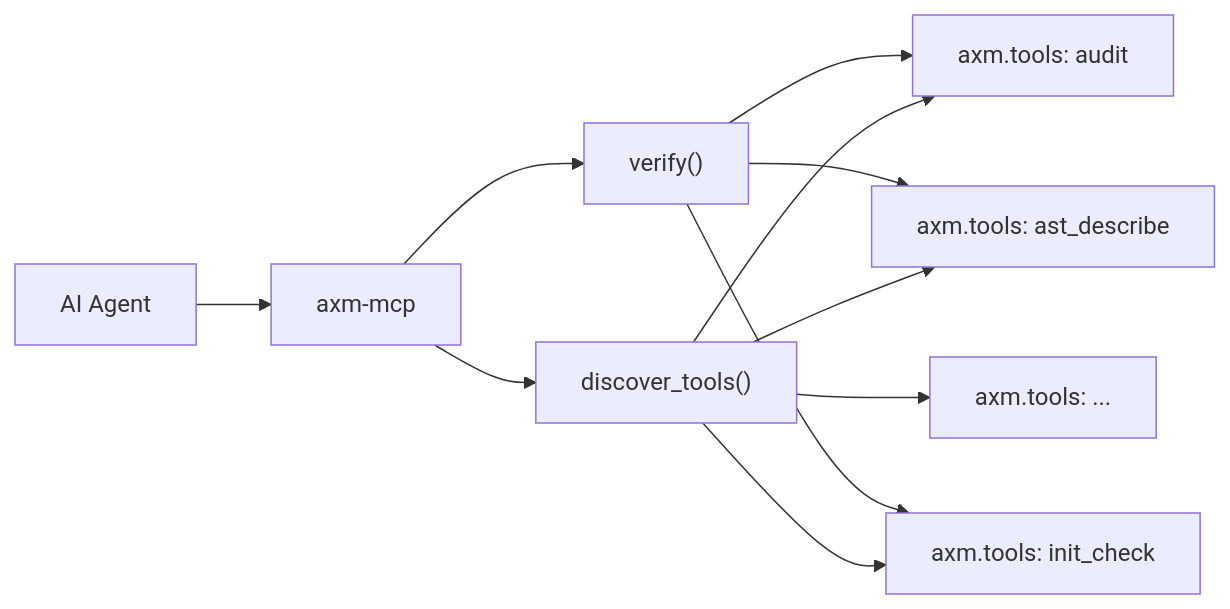
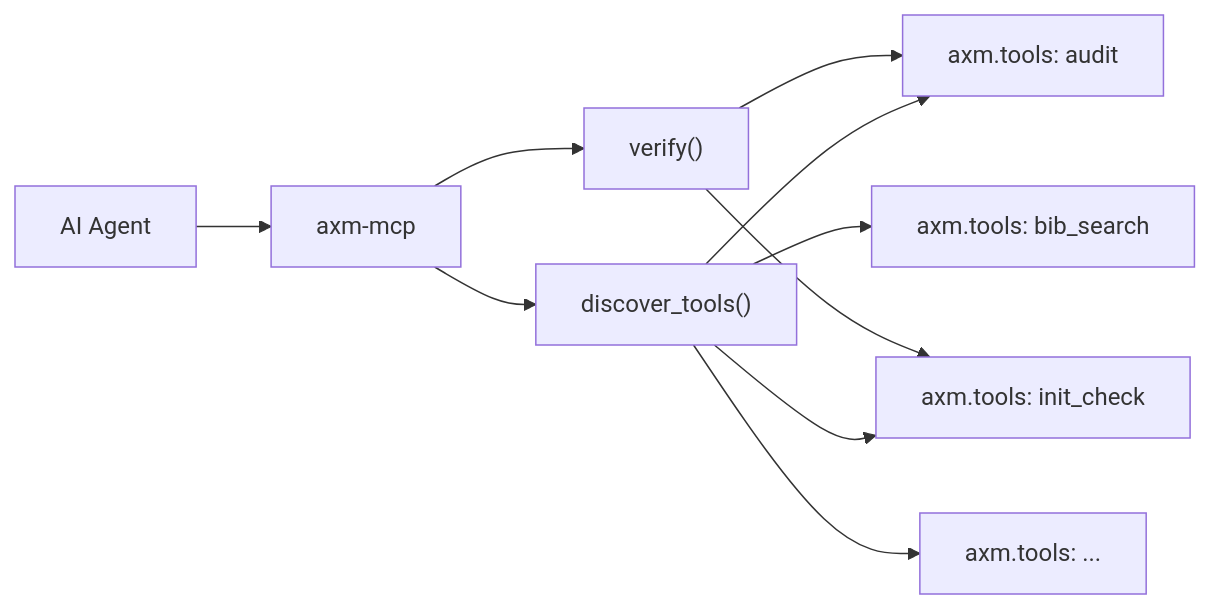
One commit to axm-protocols/axm-forge changed the diagram in docs/index.md. Above: the diagram before and after it, drawn with Mermaid. The commit also changed other lines of this file and 3 other files, not shown here.

````diff
--- a/docs/index.md
+++ b/docs/index.md
@@ -31,13 +31,12 @@
 ```mermaid
 graph LR
     Agent["AI Agent"] --> MCP["axm-mcp"]
     MCP --> Discover["discover_tools()"]
-    Discover --> EP1["axm.tools: ast_describe"]
-    Discover --> EP2["axm.tools: audit"]
-    Discover --> EP3["axm.tools: init_check"]
+    Discover --> EP1["axm.tools: audit"]
+    Discover --> EP2["axm.tools: init_check"]
+    Discover --> EP3["axm.tools: bib_search"]
     Discover --> EPN["axm.tools: ..."]
     MCP --> Verify["verify()"]
+    Verify --> EP1
     Verify --> EP2
-    Verify --> EP3
-    Verify --> EP1
 ```
````
